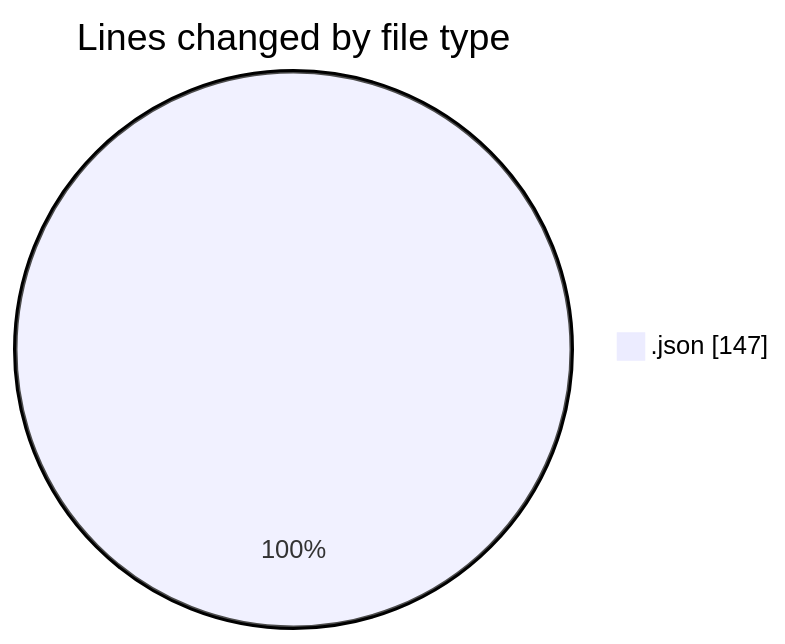
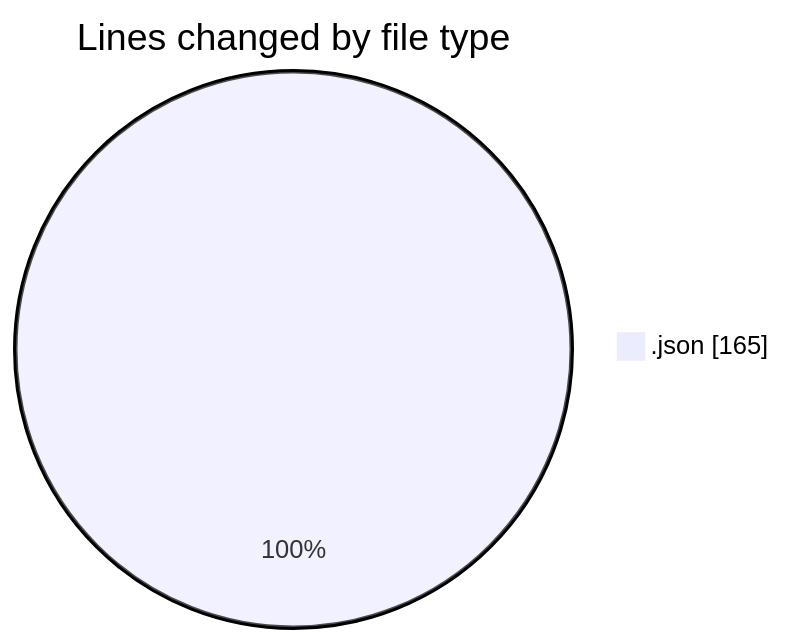
Before and after one commit to EIIisD/code-tracking: the first of 2 diagrams in 2025-08-05/_claude/README.md, drawn with Mermaid. The commit also changed other lines of this file and 1 other file, not shown here.

````diff
--- a/2025-08-05/_claude/README.md
+++ b/2025-08-05/_claude/README.md
@@ -20,5 +20,5 @@
 ```mermaid
 pie showData
 title Lines changed by file type
-".json" : 147
+".json" : 165
 ```
````
